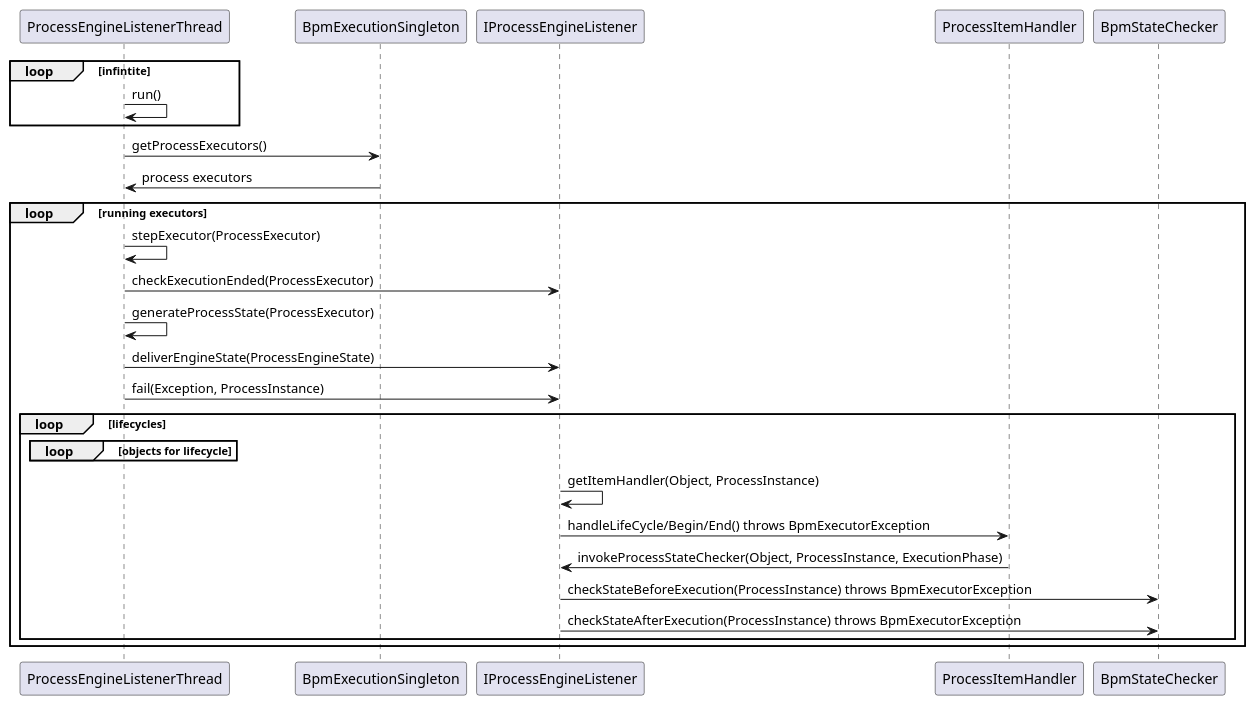
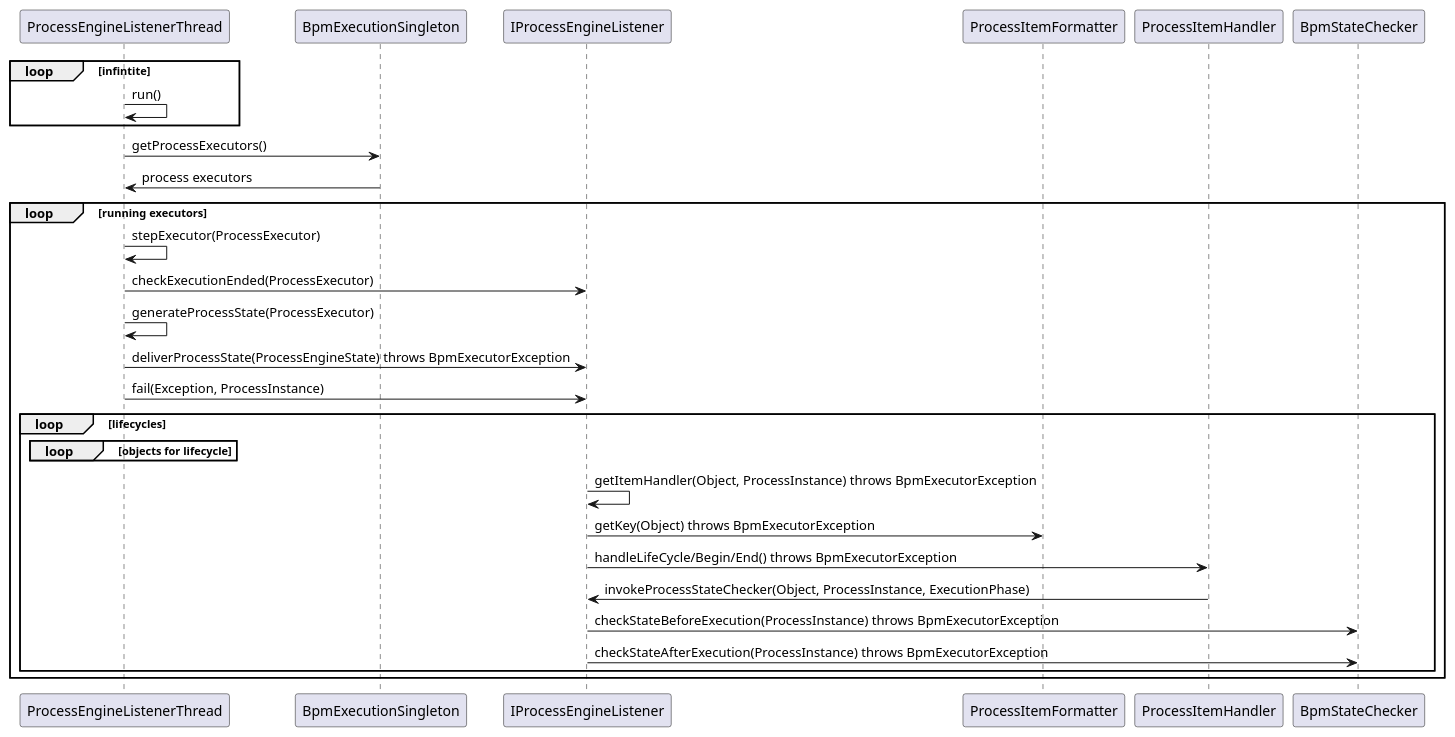
One commit to gheddie/BpmExecutor changed the diagram in src/main/resources/executor_flow.puml. Above: the diagram before and after it, drawn with PlantUML. The commit also changed 7 other files, not shown here.

```diff
--- a/src/main/resources/executor_flow.puml
+++ b/src/main/resources/executor_flow.puml
@@ -1,27 +1,28 @@
 @startuml
 loop infintite
 ProcessEngineListenerThread -> ProcessEngineListenerThread: run()
 end
 ProcessEngineListenerThread -> BpmExecutionSingleton: getProcessExecutors()
 BpmExecutionSingleton -> ProcessEngineListenerThread: process executors
 loop running executors
 ProcessEngineListenerThread -> ProcessEngineListenerThread: stepExecutor(ProcessExecutor)
 ProcessEngineListenerThread -> IProcessEngineListener : checkExecutionEnded(ProcessExecutor)
 ProcessEngineListenerThread -> ProcessEngineListenerThread: generateProcessState(ProcessExecutor)
-ProcessEngineListenerThread -> IProcessEngineListener : deliverEngineState(ProcessEngineState)
+ProcessEngineListenerThread -> IProcessEngineListener : deliverProcessState(ProcessEngineState) throws BpmExecutorException
 
 ProcessEngineListenerThread -> IProcessEngineListener : fail(Exception, ProcessInstance)
 
 loop lifecycles
 loop objects for lifecycle
 end
-IProcessEngineListener -> IProcessEngineListener : getItemHandler(Object, ProcessInstance)
+IProcessEngineListener -> IProcessEngineListener : getItemHandler(Object, ProcessInstance) throws BpmExecutorException
+IProcessEngineListener -> ProcessItemFormatter : getKey(Object) throws BpmExecutorException
 
 IProcessEngineListener -> ProcessItemHandler : handleLifeCycle/Begin/End() throws BpmExecutorException
 ProcessItemHandler -> IProcessEngineListener : invokeProcessStateChecker(Object, ProcessInstance, ExecutionPhase)
 IProcessEngineListener -> BpmStateChecker : checkStateBeforeExecution(ProcessInstance) throws BpmExecutorException
 IProcessEngineListener -> BpmStateChecker : checkStateAfterExecution(ProcessInstance) throws BpmExecutorException
 
 end
 end
 @enduml
```
